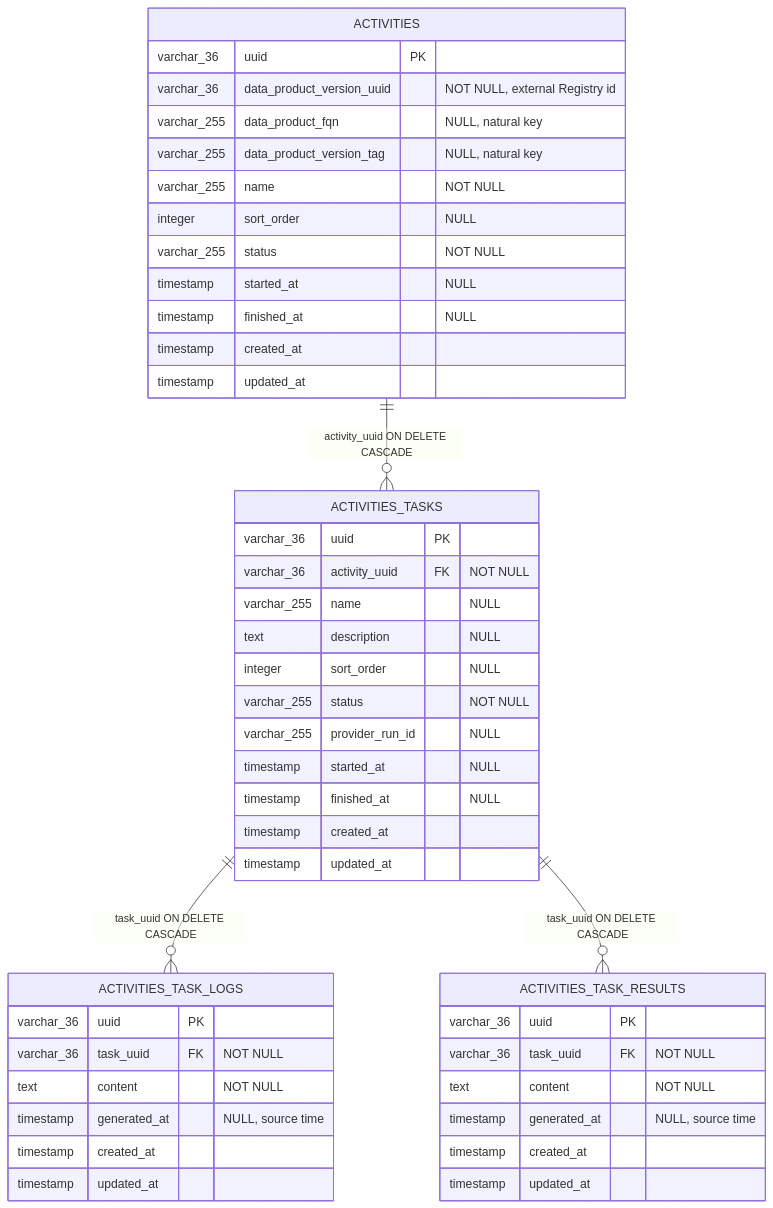
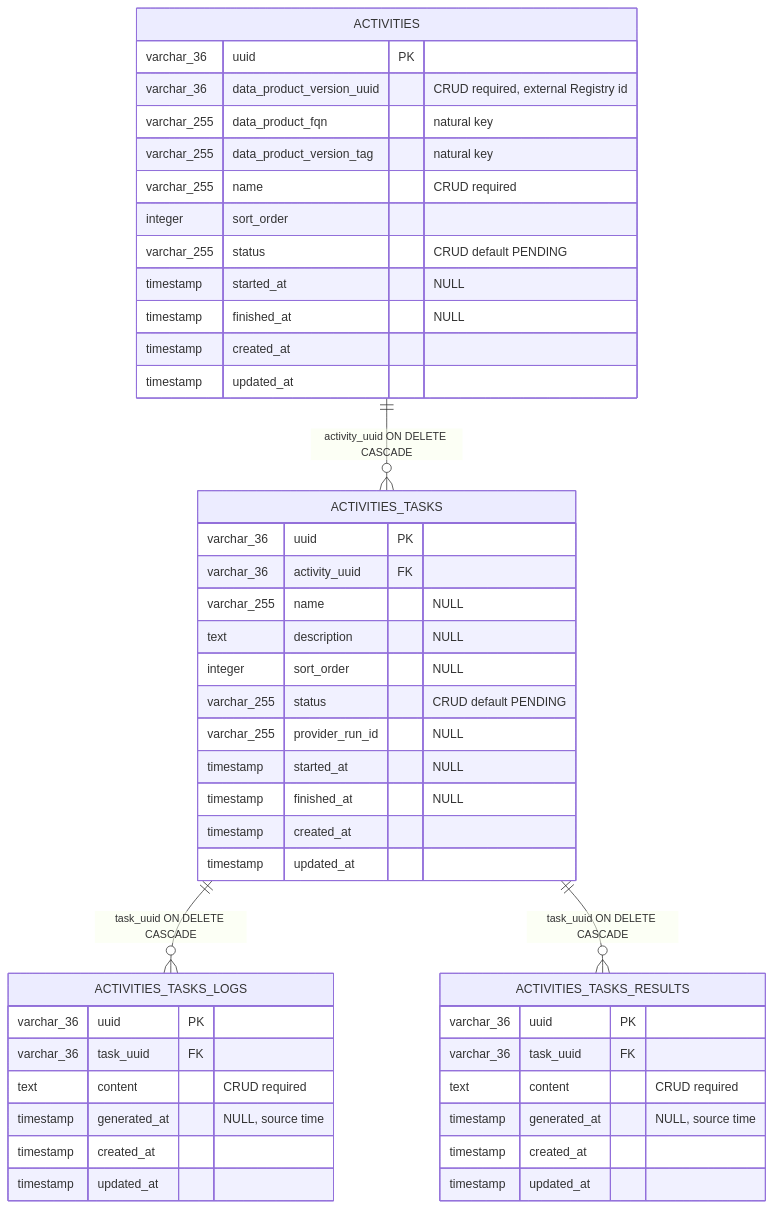
The diagram in spdd/analysis/BDMD-5436-202609181557-[Analysis]-activity-task-anemic-crud.md (opendatamesh-initiative/odm-platform-pp-devops-server), drawn with Mermaid before and after one commit. The commit also changed 19 other files, not shown here.

````diff
--- a/spdd/analysis/BDMD-5436-202609181557-[Analysis]-activity-task-anemic-crud.md
+++ b/spdd/analysis/BDMD-5436-202609181557-[Analysis]-activity-task-anemic-crud.md
@@ -74,52 +74,52 @@
 ```mermaid
 erDiagram
   ACTIVITIES ||--o{ ACTIVITIES_TASKS : "activity_uuid ON DELETE CASCADE"
-  ACTIVITIES_TASKS ||--o{ ACTIVITIES_TASK_LOGS : "task_uuid ON DELETE CASCADE"
-  ACTIVITIES_TASKS ||--o{ ACTIVITIES_TASK_RESULTS : "task_uuid ON DELETE CASCADE"
+  ACTIVITIES_TASKS ||--o{ ACTIVITIES_TASKS_LOGS : "task_uuid ON DELETE CASCADE"
+  ACTIVITIES_TASKS ||--o{ ACTIVITIES_TASKS_RESULTS : "task_uuid ON DELETE CASCADE"
 
   ACTIVITIES {
     varchar_36 uuid PK
-    varchar_36 data_product_version_uuid "NOT NULL, external Registry id"
-    varchar_255 data_product_fqn "NULL, natural key"
-    varchar_255 data_product_version_tag "NULL, natural key"
-    varchar_255 name "NOT NULL"
-    integer sort_order "NULL"
-    varchar_255 status "NOT NULL"
+    varchar_36 data_product_version_uuid "CRUD required, external Registry id"
+    varchar_255 data_product_fqn "natural key"
+    varchar_255 data_product_version_tag "natural key"
+    varchar_255 name "CRUD required"
+    integer sort_order
+    varchar_255 status "CRUD default PENDING"
     timestamp started_at "NULL"
     timestamp finished_at "NULL"
     timestamp created_at
     timestamp updated_at
   }
 
   ACTIVITIES_TASKS {
     varchar_36 uuid PK
-    varchar_36 activity_uuid FK "NOT NULL"
+    varchar_36 activity_uuid FK
     varchar_255 name "NULL"
     text description "NULL"
     integer sort_order "NULL"
-    varchar_255 status "NOT NULL"
+    varchar_255 status "CRUD default PENDING"
     varchar_255 provider_run_id "NULL"
     timestamp started_at "NULL"
     timestamp finished_at "NULL"
     timestamp created_at
     timestamp updated_at
   }
 
-  ACTIVITIES_TASK_LOGS {
+  ACTIVITIES_TASKS_LOGS {
     varchar_36 uuid PK
-    varchar_36 task_uuid FK "NOT NULL"
-    text content "NOT NULL"
+    varchar_36 task_uuid FK
+    text content "CRUD required"
     timestamp generated_at "NULL, source time"
     timestamp created_at
     timestamp updated_at
   }
 
-  ACTIVITIES_TASK_RESULTS {
+  ACTIVITIES_TASKS_RESULTS {
     varchar_36 uuid PK
-    varchar_36 task_uuid FK "NOT NULL"
-    text content "NOT NULL"
+    varchar_36 task_uuid FK
+    text content "CRUD required"
     timestamp generated_at "NULL, source time"
     timestamp created_at
     timestamp updated_at
   }
 ```
````
